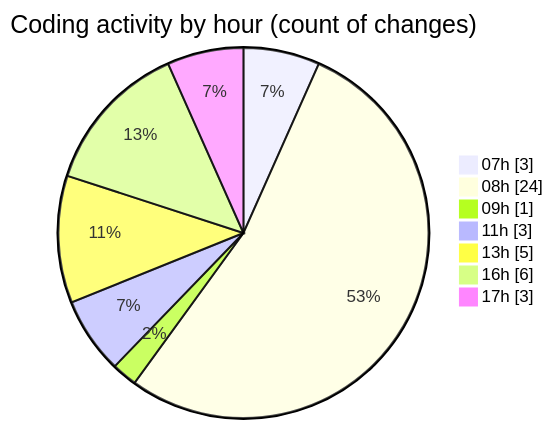
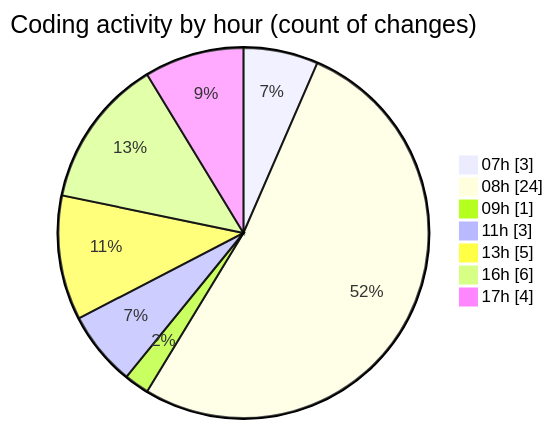
Before and after one commit to becaeroporto-bot/code-tracking: the second of 2 diagrams in 2026-02-20/bot_i_a/README.md, drawn with Mermaid. The commit also changed other lines of this file and 1 other file, not shown here.

````diff
--- a/2026-02-20/bot_i_a/README.md
+++ b/2026-02-20/bot_i_a/README.md
@@ -50,11 +50,11 @@
 ```mermaid
 pie showData
 title Coding activity by hour (count of changes)
 "07h" : 3
 "08h" : 24
 "09h" : 1
 "11h" : 3
 "13h" : 5
 "16h" : 6
-"17h" : 3
+"17h" : 4
 ```
````
